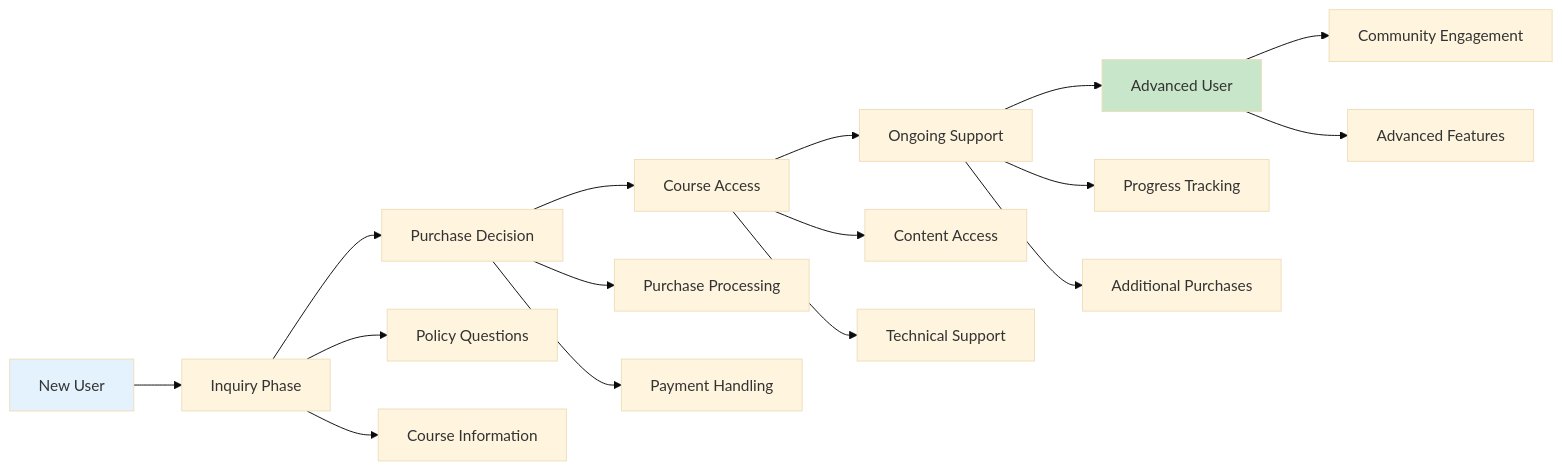
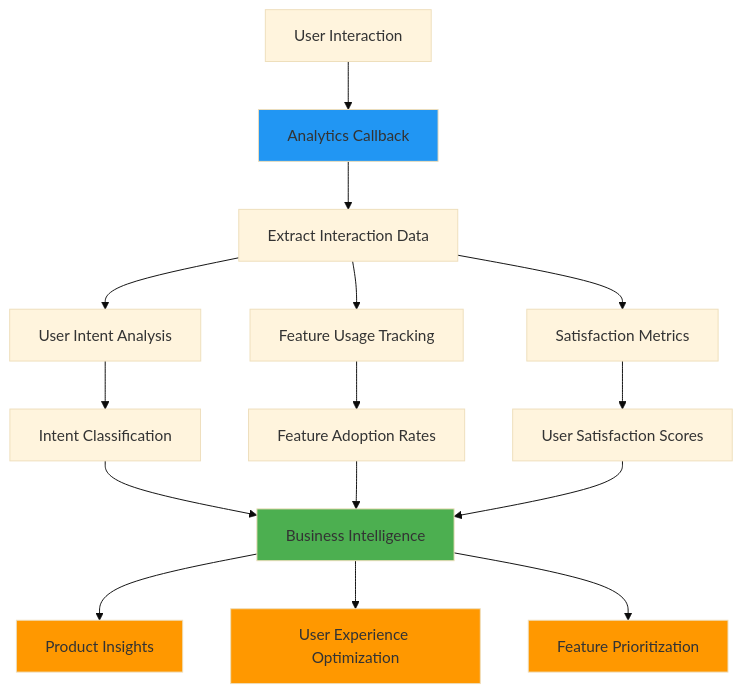
Before and after one commit to Yash-Kavaiya/agent-development-kit-crash-course: diagram 18 of 28 in 9-callbacks/README.md, drawn with Mermaid (base theme). The commit also changed other lines of this file, not shown here.

````diff
--- a/9-callbacks/README.md
+++ b/9-callbacks/README.md
@@ -523,26 +648,26 @@
 ```mermaid
-graph LR
-    A[New User] --> B[Inquiry Phase]
-    B --> C[Purchase Decision]
-    C --> D[Course Access]
-    D --> E[Ongoing Support]
-    E --> F[Advanced User]
+graph TD
+    A[User Interaction] --> B[Analytics Callback]
+    B --> C[Extract Interaction Data]
+    C --> D[User Intent Analysis]
+    C --> E[Feature Usage Tracking]
+    C --> F[Satisfaction Metrics]
     
-    B --> B1[Policy Questions]
-    B --> B2[Course Information]
+    D --> G[Intent Classification]
+    E --> H[Feature Adoption Rates]
+    F --> I[User Satisfaction Scores]
     
-    C --> C1[Purchase Processing]
-    C --> C2[Payment Handling]
+    G --> J[Business Intelligence]
+    H --> J
+    I --> J
     
-    D --> D1[Content Access]
-    D --> D2[Technical Support]
+    J --> K[Product Insights]
+    J --> L[User Experience Optimization]
+    J --> M[Feature Prioritization]
     
-    E --> E1[Progress Tracking]
-    E --> E2[Additional Purchases]
-    
-    F --> F1[Community Engagement]
-    F --> F2[Advanced Features]
-    
-    style A fill:#e3f2fd
-    style F fill:#c8e6c9
+    style B fill:#2196f3
+    style J fill:#4caf50
+    style K fill:#ff9800
+    style L fill:#ff9800
+    style M fill:#ff9800
 ```
````
